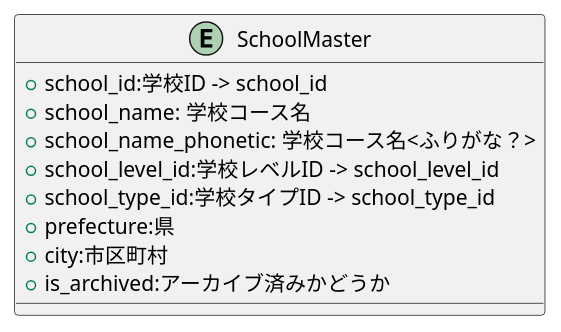
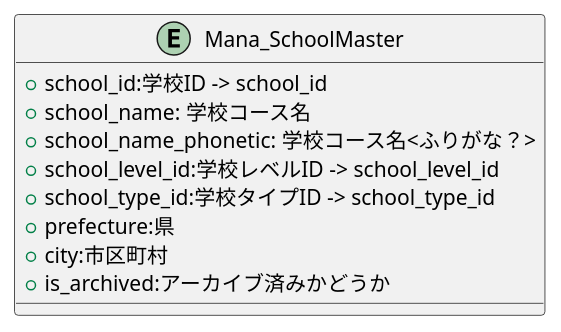
The diagram in Entity/Mana_SchoolMaster.pu (popoposorara/ERP_ER), drawn with PlantUML before and after one commit. The commit also changed 30 other files, not shown here.

```diff
--- a/Entity/Mana_SchoolMaster.pu
+++ b/Entity/Mana_SchoolMaster.pu
@@ -1,14 +1,14 @@
 @startuml
 
-entity "SchoolMaster" {
+entity "Mana_SchoolMaster" {
     + school_id:学校ID -> school_id
     + school_name: 学校コース名
     + school_name_phonetic: 学校コース名<ふりがな？>
     + school_level_id:学校レベルID -> school_level_id
     + school_type_id:学校タイプID -> school_type_id
     + prefecture:県
     + city:市区町村
     + is_archived:アーカイブ済みかどうか
 }
 
 @enduml
```
